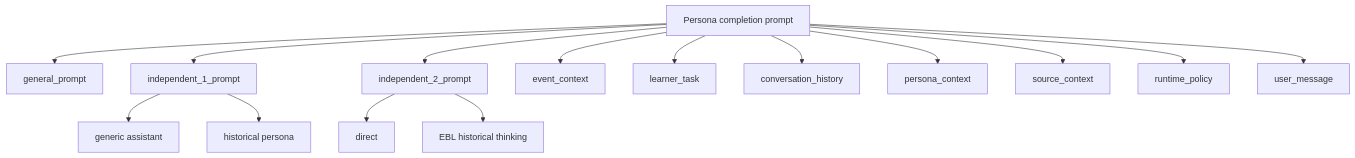
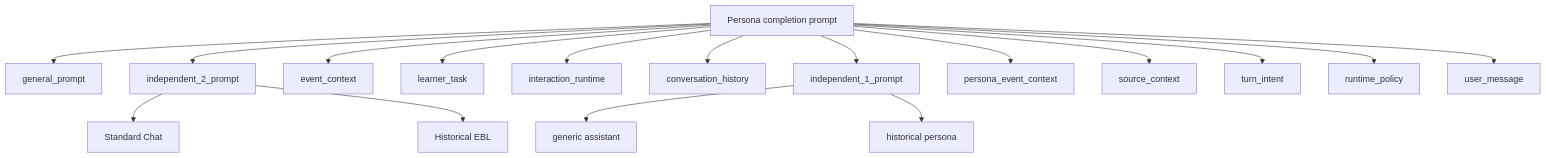
Before and after one commit to scott0127/histosphere: the second of 2 diagrams in docs/persona-completion-flow.md, drawn with Mermaid. The commit also changed other lines of this file and 43 other files, not shown here.

````diff
--- a/docs/persona-completion-flow.md
+++ b/docs/persona-completion-flow.md
@@ -52,19 +52,21 @@
 ```mermaid
 flowchart TD
     ROOT["Persona completion prompt"]
     ROOT --> G["general_prompt"]
-    ROOT --> I1["independent_1_prompt"]
     ROOT --> I2["independent_2_prompt"]
     ROOT --> EC["event_context"]
     ROOT --> LT["learner_task"]
+    ROOT --> IR["interaction_runtime"]
     ROOT --> CH["conversation_history"]
-    ROOT --> PC["persona_context"]
+    ROOT --> I1["independent_1_prompt"]
+    ROOT --> PC["persona_event_context"]
     ROOT --> SC["source_context"]
+    ROOT --> TI["turn_intent"]
     ROOT --> RP["runtime_policy"]
     ROOT --> UM["user_message"]
 
     I1 --> I1A["generic assistant"]
     I1 --> I1B["historical persona"]
-    I2 --> I2A["direct"]
-    I2 --> I2B["EBL historical thinking"]
+    I2 --> I2A["Standard Chat"]
+    I2 --> I2B["Historical EBL"]
 ```
````
